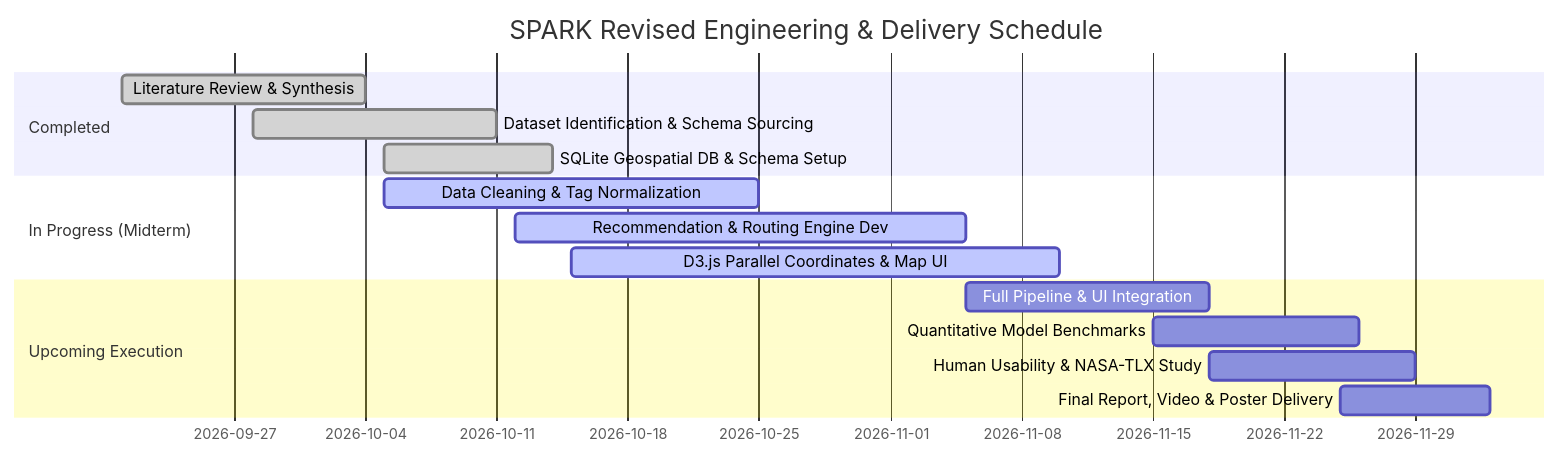
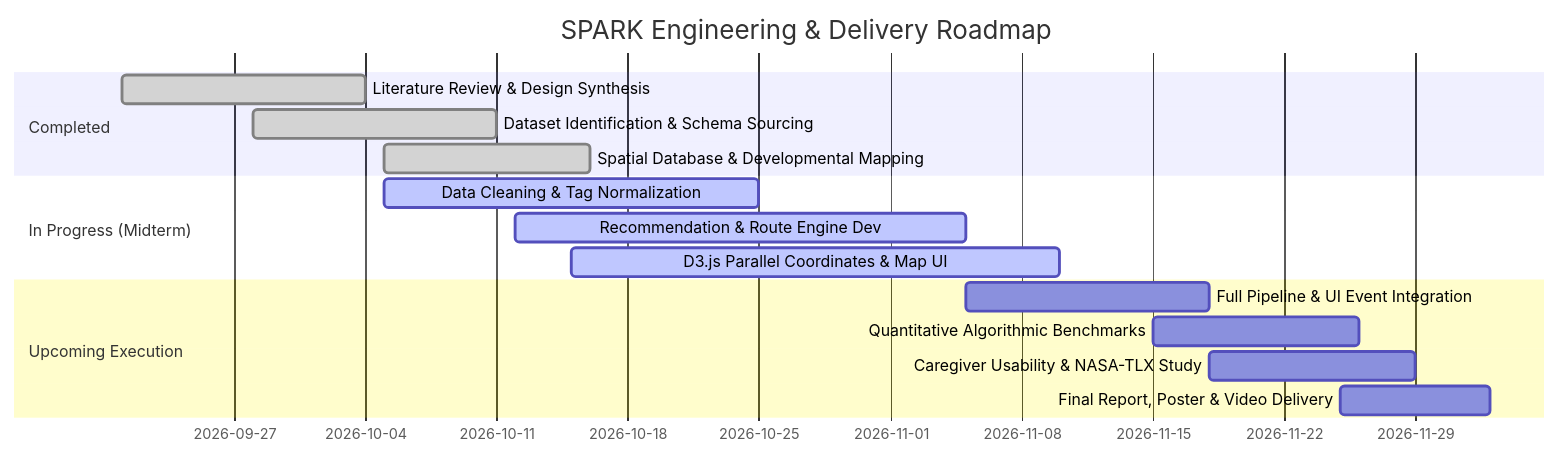
Before and after one commit to manoj-android/cse-6242-project: the fifth of 5 diagrams in projectwork/docs/progress_report.md, drawn with Mermaid. The commit also changed other lines of this file, not shown here.

Commit message:
updated progress report

````diff
--- a/projectwork/docs/progress_report.md
+++ b/projectwork/docs/progress_report.md
@@ -510,18 +236,18 @@
 ```mermaid
 gantt
     dateFormat  YYYY-MM-DD
-    title SPARK Revised Engineering & Delivery Schedule
+    title SPARK Engineering & Delivery Roadmap
     section Completed
-    Literature Review & Synthesis           :done, des1, 2026-09-21, 2026-10-04
-    Dataset Identification & Schema Sourcing :done, des2, 2026-09-28, 2026-10-11
-    SQLite Geospatial DB & Schema Setup     :done, des3, 2026-10-05, 2026-10-14
+    Literature Review & Design Synthesis       :done, des1, 2026-09-21, 2026-10-04
+    Dataset Identification & Schema Sourcing   :done, des2, 2026-09-28, 2026-10-11
+    Spatial Database & Developmental Mapping   :done, des3, 2026-10-05, 2026-10-16
     section In Progress (Midterm)
-    Data Cleaning & Tag Normalization       :active, des4, 2026-10-05, 2026-10-25
-    Recommendation & Routing Engine Dev     :active, des5, 2026-10-12, 2026-11-05
-    D3.js Parallel Coordinates & Map UI     :active, des6, 2026-10-15, 2026-11-10
+    Data Cleaning & Tag Normalization          :active, des4, 2026-10-05, 2026-10-25
+    Recommendation & Route Engine Dev          :active, des5, 2026-10-12, 2026-11-05
+    D3.js Parallel Coordinates & Map UI        :active, des6, 2026-10-15, 2026-11-10
     section Upcoming Execution
-    Full Pipeline & UI Integration          :des7, 2026-11-05, 2026-11-18
-    Quantitative Model Benchmarks           :des8, 2026-11-15, 2026-11-26
-    Human Usability & NASA-TLX Study        :des9, 2026-11-18, 2026-11-29
-    Final Report, Video & Poster Delivery   :des10, 2026-11-25, 2026-12-03
+    Full Pipeline & UI Event Integration       :des7, 2026-11-05, 2026-11-18
+    Quantitative Algorithmic Benchmarks        :des8, 2026-11-15, 2026-11-26
+    Caregiver Usability & NASA-TLX Study       :des9, 2026-11-18, 2026-11-29
+    Final Report, Poster & Video Delivery      :des10, 2026-11-25, 2026-12-03
 ```
````
